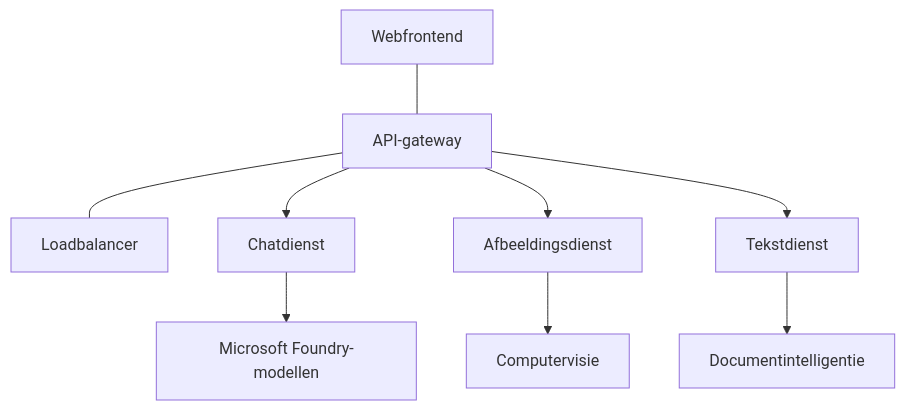
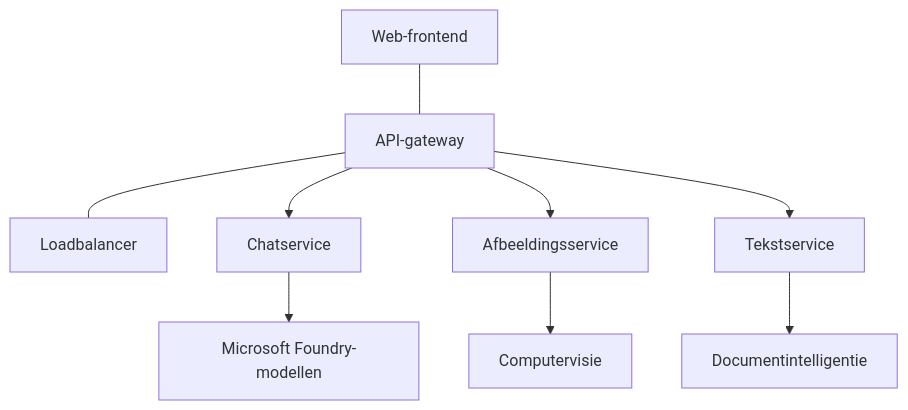
The diagram in translations/nl/docs/chapter-08-production/production-ai-practices.md (microsoft/AZD-for-beginners), drawn with Mermaid before and after one commit. The commit also changed other lines of this file and 104 other files, not shown here.

````diff
--- a/translations/nl/docs/chapter-08-production/production-ai-practices.md
+++ b/translations/nl/docs/chapter-08-production/production-ai-practices.md
@@ -30,10 +30,10 @@
 ```mermaid
 graph TD
-    Frontend[Webfrontend] --- Gateway[API-gateway] --- LB[Loadbalancer]
-    Gateway --> Chat[Chatdienst]
-    Gateway --> Image[Afbeeldingsdienst]
-    Gateway --> Text[Tekstdienst]
+    Frontend[Web-frontend] --- Gateway[API-gateway] --- LB[Loadbalancer]
+    Gateway --> Chat[Chatservice]
+    Gateway --> Image[Afbeeldingsservice]
+    Gateway --> Text[Tekstservice]
     Chat --> OpenAI[Microsoft Foundry-modellen]
     Image --> Vision[Computervisie]
     Text --> DocIntel[Documentintelligentie]
 ```
````
